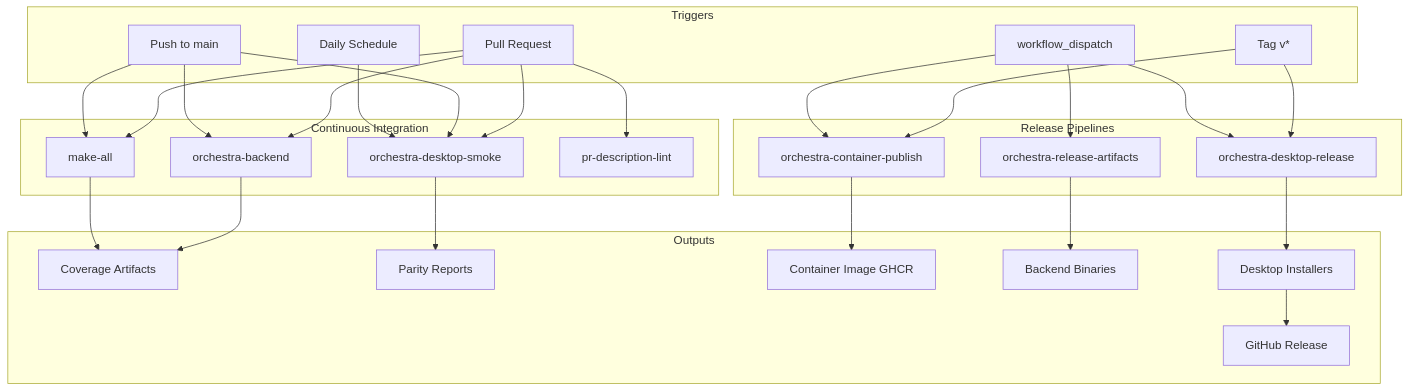
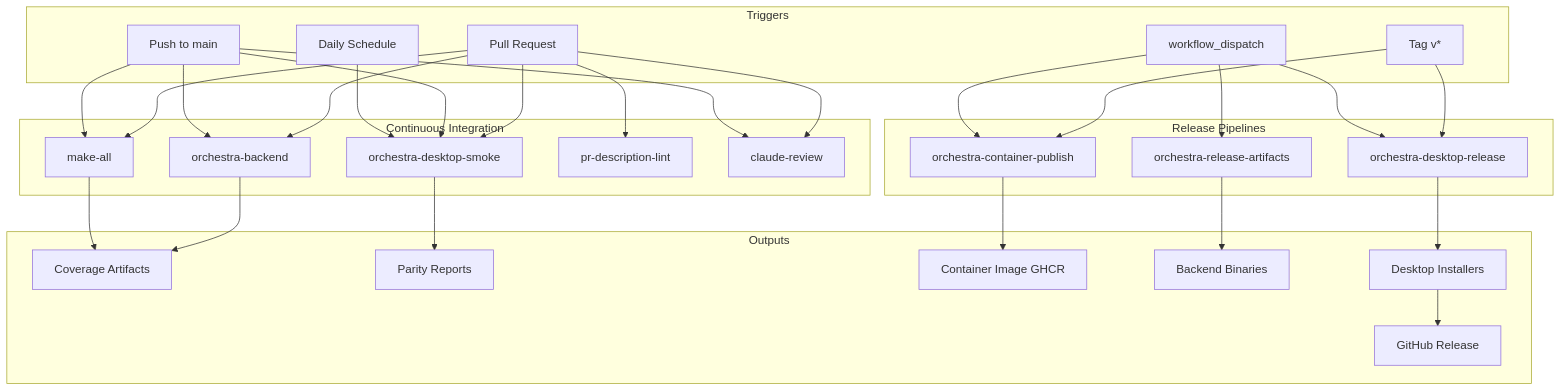
Before and after one commit to bradAGI/Orchestra: the diagram in docs/operations/ci-cd.md, drawn with Mermaid. The commit also changed other lines of this file and 18 other files, not shown here.

````diff
--- a/docs/operations/ci-cd.md
+++ b/docs/operations/ci-cd.md
@@ -9,45 +9,46 @@
 ```mermaid
 flowchart TD
     subgraph Triggers
         PR[Pull Request]
         PUSH[Push to main]
         TAG[Tag v*]
         CRON[Daily Schedule]
         MANUAL[workflow_dispatch]
     end
 
     subgraph CI["Continuous Integration"]
         BE[orchestra-backend]
         DS[orchestra-desktop-smoke]
         MA[make-all]
         PRL[pr-description-lint]
+        CRV[claude-review]
     end
 
     subgraph Release["Release Pipelines"]
         CP[orchestra-container-publish]
         DR[orchestra-desktop-release]
         RA[orchestra-release-artifacts]
     end
 
     subgraph Outputs
         COV[Coverage Artifacts]
         PAR[Parity Reports]
         IMG[Container Image GHCR]
         BIN[Backend Binaries]
         INST[Desktop Installers]
         GHR[GitHub Release]
     end
 
-    PR --> BE & DS & MA & PRL
-    PUSH --> BE & DS & MA
+    PR --> BE & DS & MA & PRL & CRV
+    PUSH --> BE & DS & MA & CRV
     TAG --> CP & DR
     CRON --> DS
     MANUAL --> CP & DR & RA
 
     BE --> COV
     DS --> PAR
     MA --> COV
     CP --> IMG
     RA --> BIN
     DR --> INST --> GHR
 ```
````
